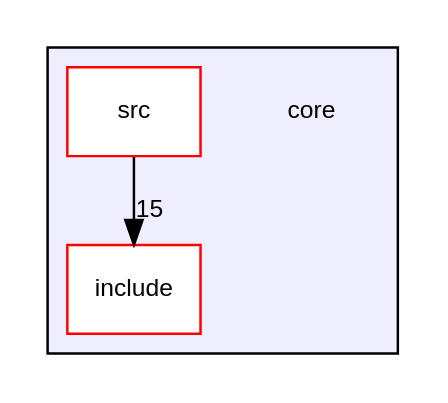
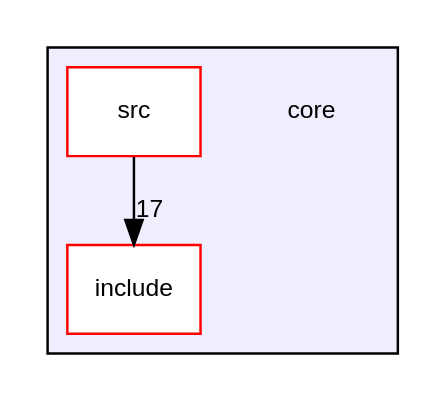
One commit to Germanvelardez2018/simo.v2 changed the diagram in docs/dir_4270bfced15e0e73154b13468c7c9ad9_dep.dot. Above: the diagram before and after it, drawn with Graphviz. The commit also changed 94 other files, not shown here.

```diff
--- a/docs/dir_4270bfced15e0e73154b13468c7c9ad9_dep.dot
+++ b/docs/dir_4270bfced15e0e73154b13468c7c9ad9_dep.dot
@@ -1,12 +1,12 @@
 digraph "core" {
   compound=true
   node [ fontsize="10", fontname="Helvetica"];
   edge [ labelfontsize="10", labelfontname="Helvetica"];
   subgraph clusterdir_4270bfced15e0e73154b13468c7c9ad9 {
     graph [ bgcolor="#eeeeff", pencolor="black", label="" URL="dir_4270bfced15e0e73154b13468c7c9ad9.html"];
     dir_4270bfced15e0e73154b13468c7c9ad9 [shape=plaintext label="core"];
     dir_24d671cfcbc5d5238a6bd565a49d198f [shape=box label="include" color="red" fillcolor="white" style="filled" URL="dir_24d671cfcbc5d5238a6bd565a49d198f.html"];
     dir_90fd98a0ba30abf7a6068a44995d2d6b [shape=box label="src" color="red" fillcolor="white" style="filled" URL="dir_90fd98a0ba30abf7a6068a44995d2d6b.html"];
   }
-  dir_90fd98a0ba30abf7a6068a44995d2d6b->dir_24d671cfcbc5d5238a6bd565a49d198f [headlabel="15", labeldistance=1.5 headhref="dir_000008_000001.html"];
+  dir_90fd98a0ba30abf7a6068a44995d2d6b->dir_24d671cfcbc5d5238a6bd565a49d198f [headlabel="17", labeldistance=1.5 headhref="dir_000008_000001.html"];
 }
```
